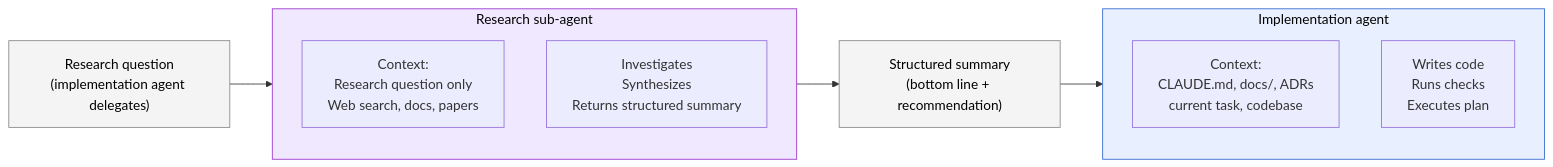
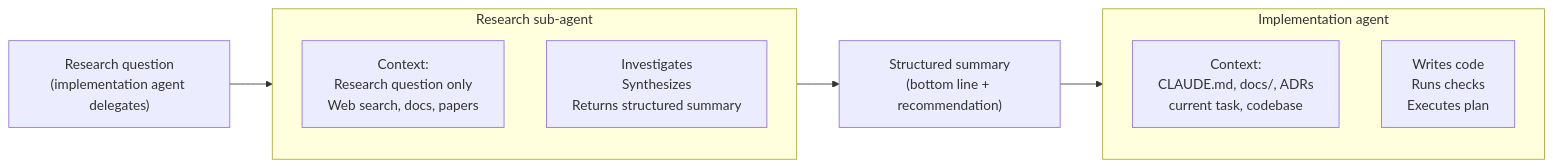
Before and after one commit to jsandino/ai-sandino: the second of 3 diagrams in src/content/harness-guide/07-part-5-feedback-loops.md, drawn with Mermaid. The commit also changed other lines of this file and 6 other files, not shown here.

First line of the commit message:
refactor: colour the harness guide's diagrams by name

````diff
--- a/src/content/harness-guide/07-part-5-feedback-loops.md
+++ b/src/content/harness-guide/07-part-5-feedback-loops.md
@@ -83,26 +83,26 @@
 ```mermaid
 flowchart LR
     subgraph IMPL["Implementation agent"]
         direction TB
         IC["Context:<br/>CLAUDE.md, docs/, ADRs<br/>current task, codebase"]
         IWORK["Writes code<br/>Runs checks<br/>Executes plan"]
     end
 
     subgraph RES["Research sub-agent"]
         direction TB
         RC["Context:<br/>Research question only<br/>Web search, docs, papers"]
         RWORK["Investigates<br/>Synthesizes<br/>Returns structured summary"]
     end
 
     QUESTION["Research question<br/>(implementation agent delegates)"]
     SUMMARY["Structured summary<br/>(bottom line + recommendation)"]
 
     QUESTION --> RES
     RWORK --> SUMMARY
     SUMMARY --> IMPL
 
-    style IMPL fill:#e8f0ff,stroke:#36c,color:#000000
-    style RES fill:#f0e8ff,stroke:#93c,color:#000000
-    style QUESTION fill:#f4f4f4,stroke:#888,color:#000000
-    style SUMMARY fill:#f4f4f4,stroke:#888,color:#000000
+    class IMPL sky
+    class RES violet
+    class QUESTION neutral
+    class SUMMARY neutral
 ```
````
